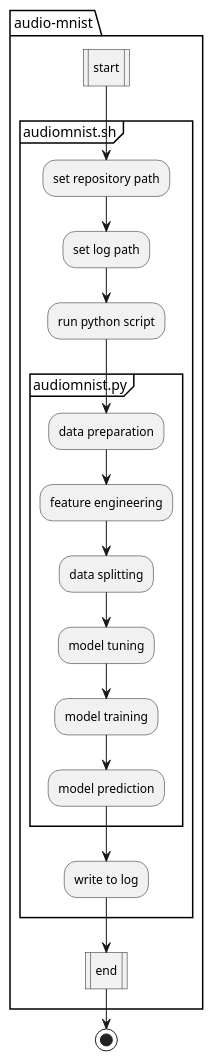
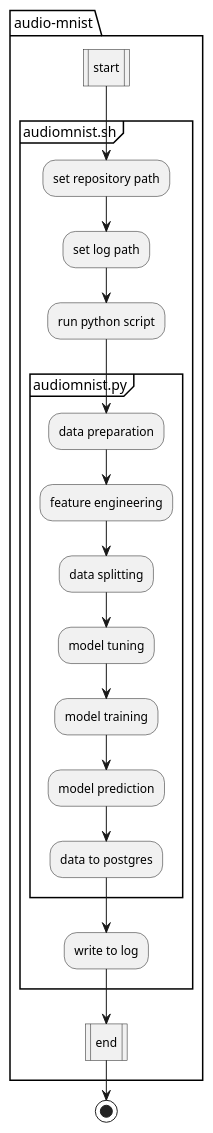
One commit to Aketirani/audio-mnist changed the diagram in flowchart.wsd. Above: the diagram before and after it, drawn with PlantUML.

Commit message:
flowchart update

```diff
--- a/flowchart.wsd
+++ b/flowchart.wsd
@@ -1,22 +1,23 @@
 @startuml Pipeline Flowchart
 |audio_mnist|
 package "audio-mnist" {
     :start|
     partition "audiomnist.sh" {
         :set repository path;
         :set log path;
         :run python script;
         partition "audiomnist.py" {
             :data preparation;
             :feature engineering;
             :data splitting;
             :model tuning;
             :model training;
             :model prediction;
+            :data to postgres;
         }
         :write to log;
     }
     :end|
 }
 stop
 @enduml
```
